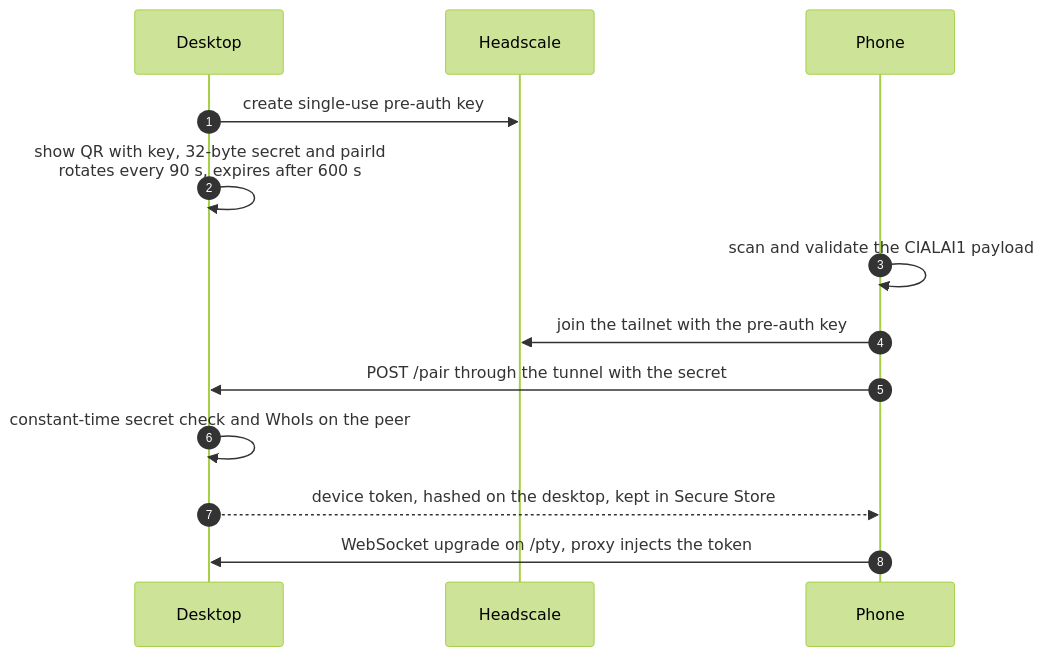
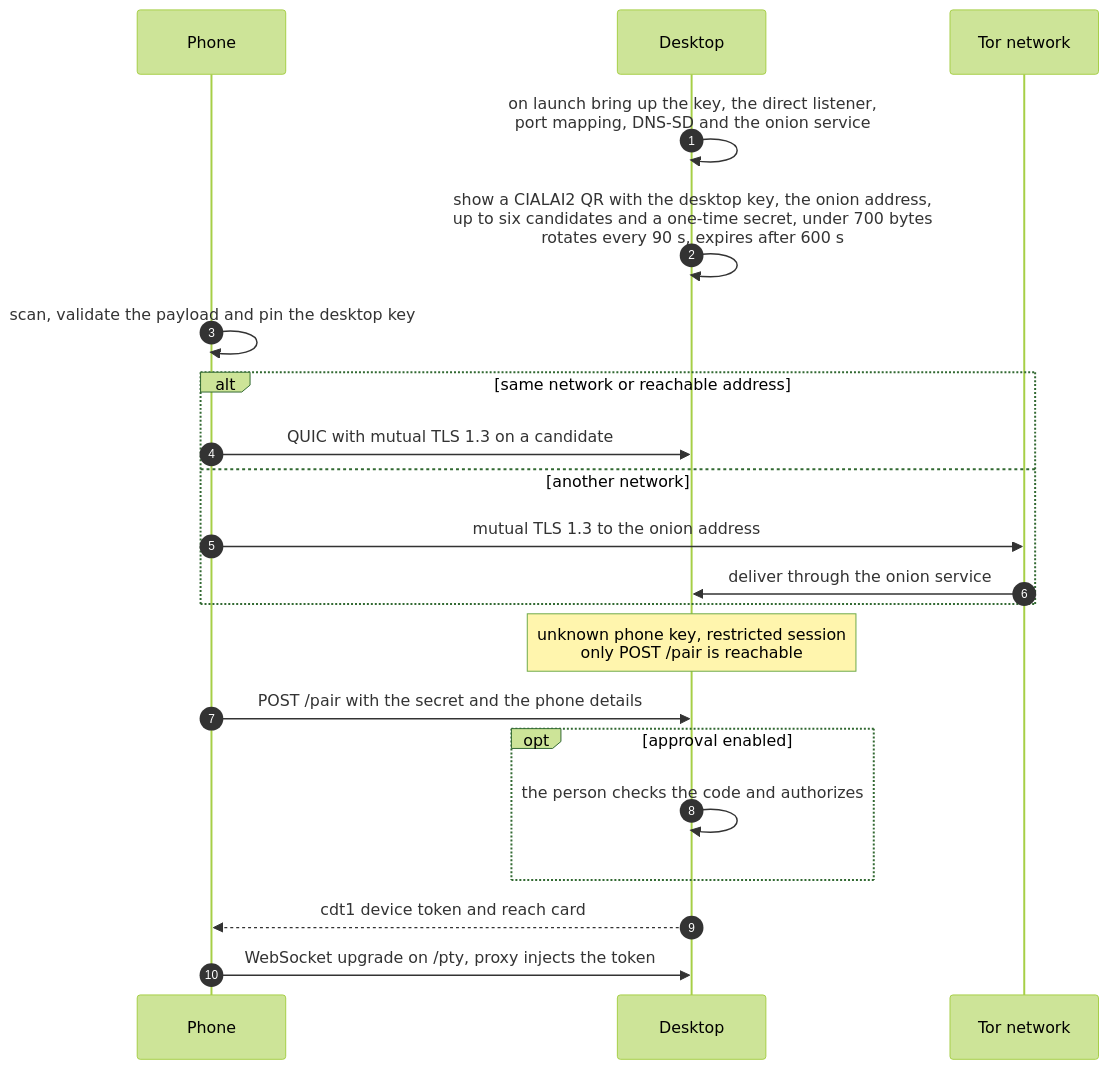
The second of 2 diagrams in .github/README.md (OrdinumTeam/cialai-platform), drawn with Mermaid (forest theme) before and after one commit. The commit also changed other lines of this file and 13 other files, not shown here.

````diff
--- a/.github/README.md
+++ b/.github/README.md
@@ -139,15 +159,23 @@
 ```mermaid
 sequenceDiagram
   autonumber
+  participant P as Phone
   participant D as Desktop
-  participant H as Headscale
-  participant P as Phone
-  D->>H: create single-use pre-auth key
-  D->>D: show QR with key, 32-byte secret and pairId<br/>rotates every 90 s, expires after 600 s
-  P->>P: scan and validate the CIALAI1 payload
-  P->>H: join the tailnet with the pre-auth key
-  P->>D: POST /pair through the tunnel with the secret
-  D->>D: constant-time secret check and WhoIs on the peer
-  D-->>P: device token, hashed on the desktop, kept in Secure Store
+  participant T as Tor network
+  D->>D: on launch bring up the key, the direct listener,<br/>port mapping, DNS-SD and the onion service
+  D->>D: show a CIALAI2 QR with the desktop key, the onion address,<br/>up to six candidates and a one-time secret, under 700 bytes<br/>rotates every 90 s, expires after 600 s
+  P->>P: scan, validate the payload and pin the desktop key
+  alt same network or reachable address
+    P->>D: QUIC with mutual TLS 1.3 on a candidate
+  else another network
+    P->>T: mutual TLS 1.3 to the onion address
+    T->>D: deliver through the onion service
+  end
+  Note over D: unknown phone key, restricted session<br/>only POST /pair is reachable
+  P->>D: POST /pair with the secret and the phone details
+  opt approval enabled
+    D->>D: the person checks the code and authorizes
+  end
+  D-->>P: cdt1 device token and reach card
   P->>D: WebSocket upgrade on /pty, proxy injects the token
 ```
````
